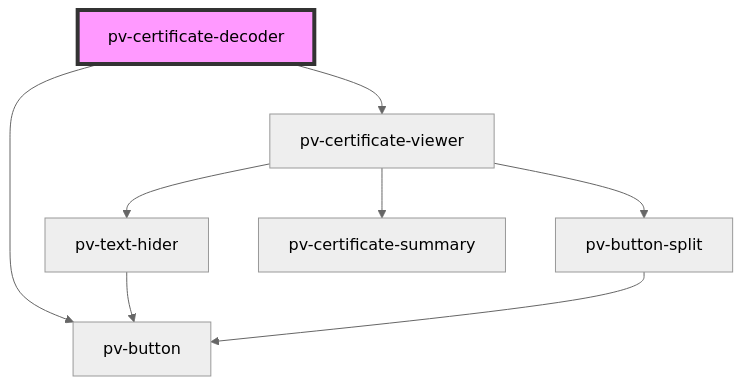
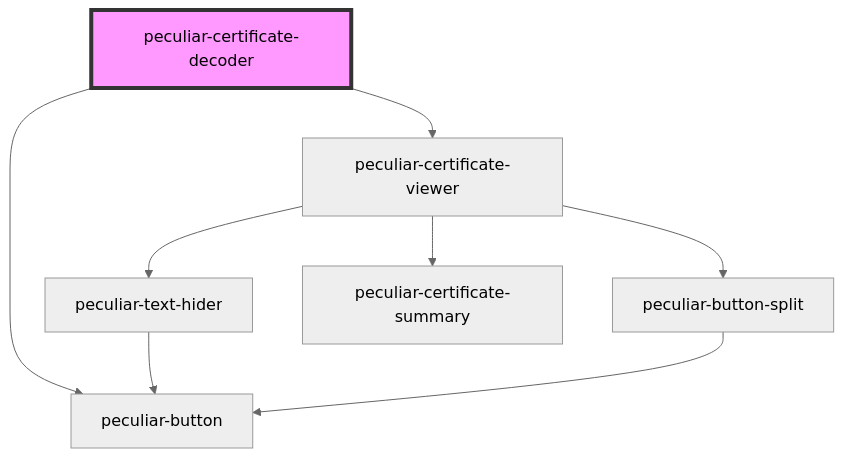
Before and after one commit to PeculiarVentures/pv-certificates-viewer: the diagram in src/components/certificate-decoder/readme.md, drawn with Mermaid (neutral theme). The commit also changed other lines of this file and 55 other files, not shown here.

````diff
--- a/src/components/certificate-decoder/readme.md
+++ b/src/components/certificate-decoder/readme.md
@@ -23,11 +23,11 @@
 ```mermaid
 graph TD;
-  pv-certificate-decoder --> pv-button
-  pv-certificate-decoder --> pv-certificate-viewer
-  pv-certificate-viewer --> pv-text-hider
-  pv-certificate-viewer --> pv-button-split
-  pv-certificate-viewer --> pv-certificate-summary
-  pv-text-hider --> pv-button
-  pv-button-split --> pv-button
-  style pv-certificate-decoder fill:#f9f,stroke:#333,stroke-width:4px
+  peculiar-certificate-decoder --> peculiar-button
+  peculiar-certificate-decoder --> peculiar-certificate-viewer
+  peculiar-certificate-viewer --> peculiar-text-hider
+  peculiar-certificate-viewer --> peculiar-button-split
+  peculiar-certificate-viewer --> peculiar-certificate-summary
+  peculiar-text-hider --> peculiar-button
+  peculiar-button-split --> peculiar-button
+  style peculiar-certificate-decoder fill:#f9f,stroke:#333,stroke-width:4px
 ```
````
